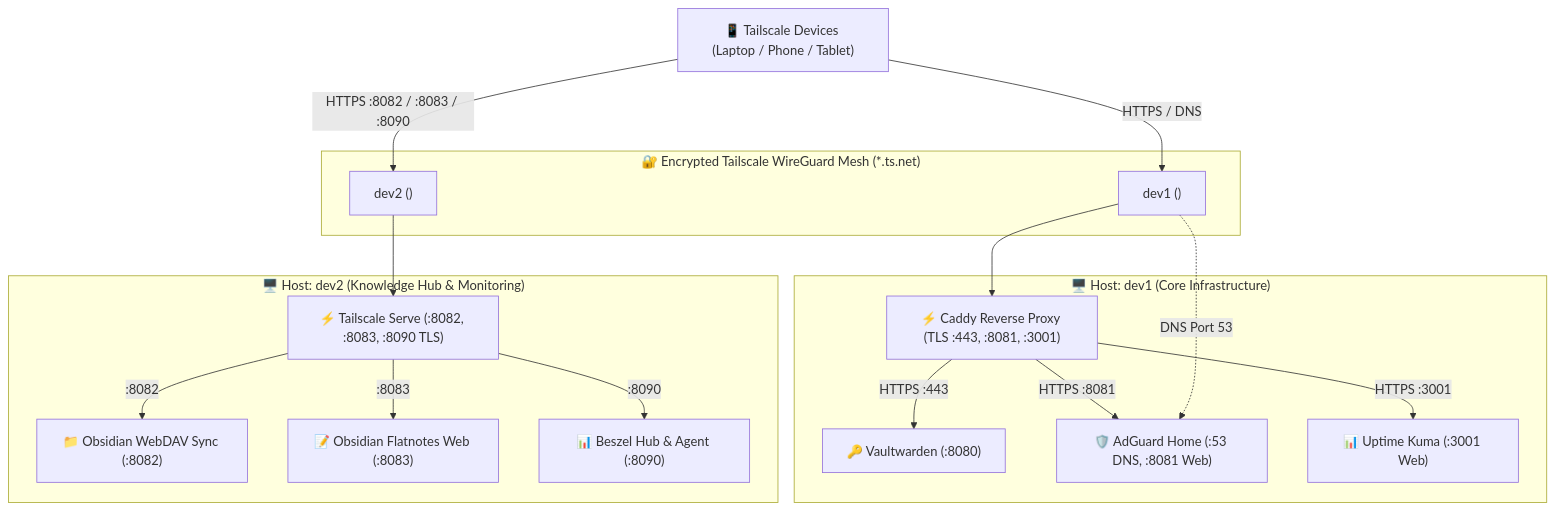
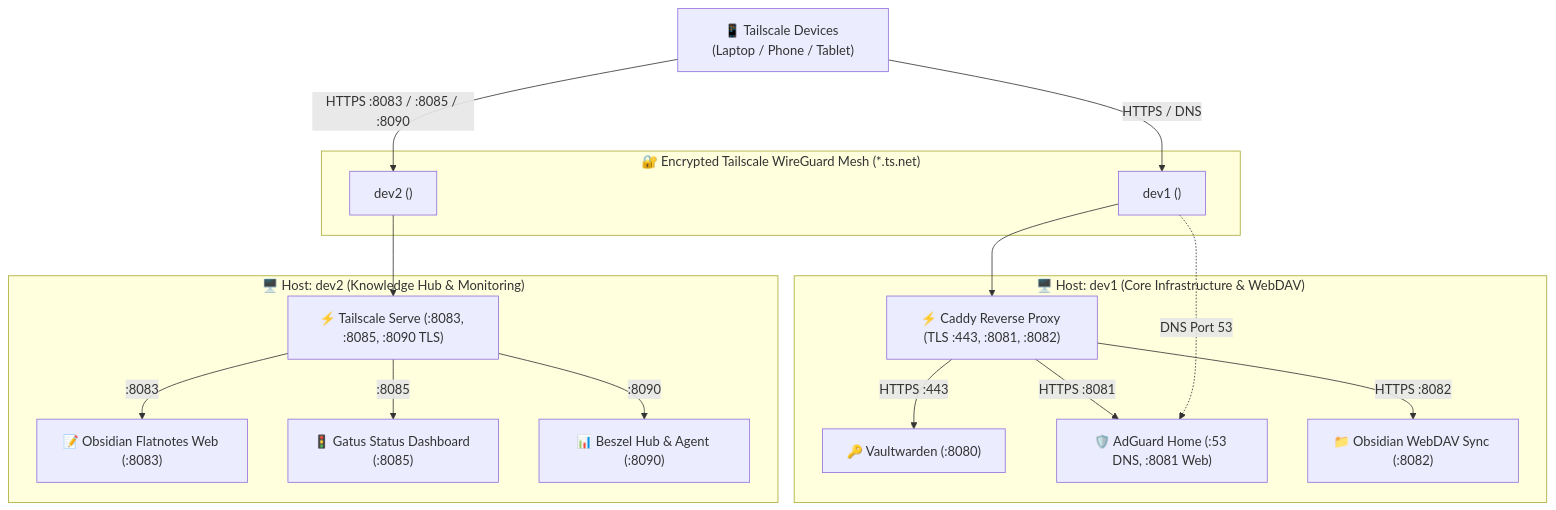
One commit to sanjay-namdeo/homelab changed the diagram in README.md. Above: the diagram before and after it, drawn with Mermaid. The commit also changed other lines of this file and 19 other files, not shown here.

Commit message:
feat(homelab): reorganize services across dev1/dev2, integrate Gatus, and add Cloudflare R2 DR drill

````diff
--- a/README.md
+++ b/README.md
@@ -9,36 +9,36 @@
 ```mermaid
 graph TD
     Client["📱 Tailscale Devices (Laptop / Phone / Tablet)"]
 
     subgraph TailscaleMesh ["🔐 Encrypted Tailscale WireGuard Mesh (*.ts.net)"]
         TS1["dev1 (<dev1-tailscale-ip>)"]
         TS2["dev2 (<dev2-tailscale-ip>)"]
     end
 
-    subgraph HostDev1 ["🖥️ Host: dev1 (Core Infrastructure)"]
-        Caddy["⚡ Caddy Reverse Proxy (TLS :443, :8081, :3001)"]
+    subgraph HostDev1 ["🖥️ Host: dev1 (Core Infrastructure & WebDAV)"]
+        Caddy["⚡ Caddy Reverse Proxy (TLS :443, :8081, :8082)"]
         VW["🔑 Vaultwarden (:8080)"]
         AG["🛡️ AdGuard Home (:53 DNS, :8081 Web)"]
-        UK["📊 Uptime Kuma (:3001 Web)"]
+        ObsDAV["📁 Obsidian WebDAV Sync (:8082)"]
     end
 
     subgraph HostDev2 ["🖥️ Host: dev2 (Knowledge Hub & Monitoring)"]
-        TS_Serve["⚡ Tailscale Serve (:8082, :8083, :8090 TLS)"]
-        ObsDAV["📁 Obsidian WebDAV Sync (:8082)"]
+        TS_Serve["⚡ Tailscale Serve (:8083, :8085, :8090 TLS)"]
         ObsWeb["📝 Obsidian Flatnotes Web (:8083)"]
+        Gatus["🚦 Gatus Status Dashboard (:8085)"]
         Beszel["📊 Beszel Hub & Agent (:8090)"]
     end
 
     Client -->|HTTPS / DNS| TS1
     TS1 --> Caddy
     Caddy -->|HTTPS :443| VW
     Caddy -->|HTTPS :8081| AG
-    Caddy -->|HTTPS :3001| UK
+    Caddy -->|HTTPS :8082| ObsDAV
     TS1 -.->|DNS Port 53| AG
 
-    Client -->|HTTPS :8082 / :8083 / :8090| TS2
+    Client -->|HTTPS :8083 / :8085 / :8090| TS2
     TS2 --> TS_Serve
-    TS_Serve -->|:8082| ObsDAV
     TS_Serve -->|:8083| ObsWeb
+    TS_Serve -->|:8085| Gatus
     TS_Serve -->|:8090| Beszel
 ```
````
